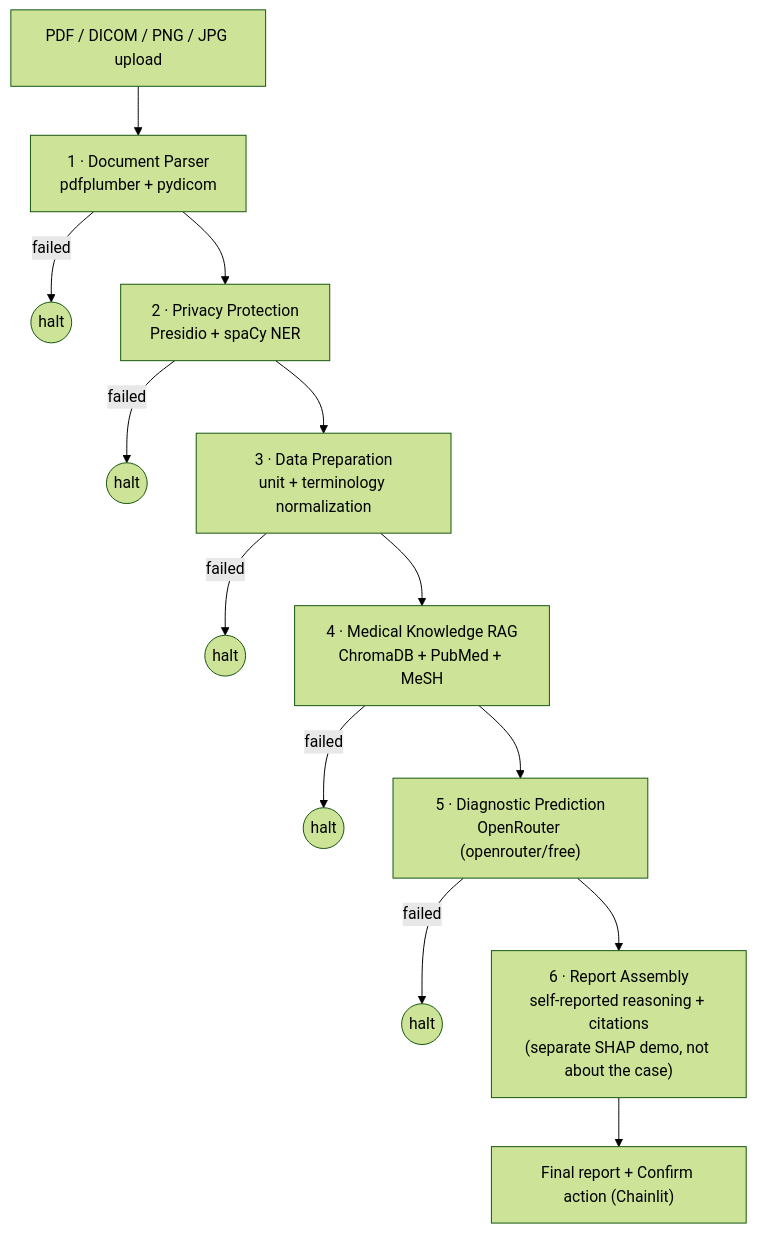
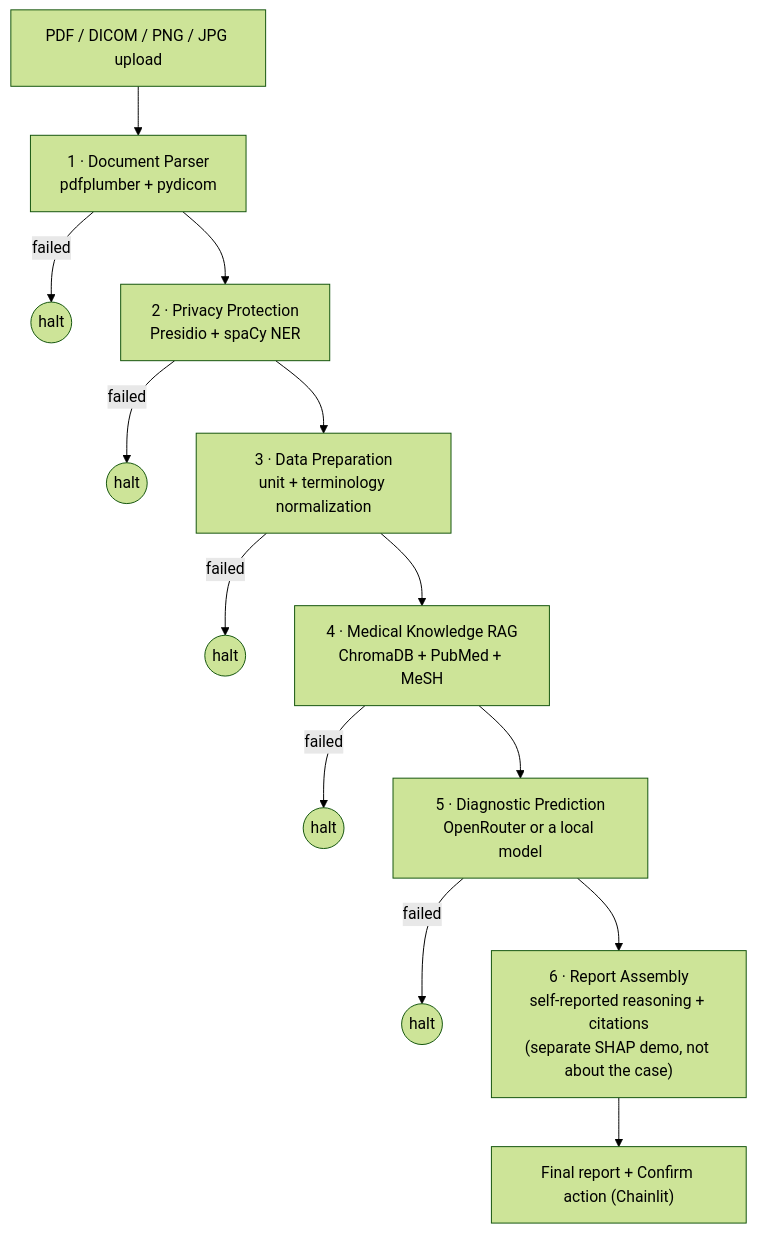
The diagram in README.md (dineshyadav03/glassbox-md), drawn with Mermaid (forest theme) before and after one commit. The commit also changed other lines of this file and 2 other files, not shown here.

````diff
--- a/README.md
+++ b/README.md
@@ -112,15 +64,15 @@
 ```mermaid
 flowchart TD
     IN["PDF / DICOM / PNG / JPG upload"] --> P1
     P1["1 · Document Parser<br/>pdfplumber + pydicom"] -->|failed| END1(("halt"))
     P1 --> P2["2 · Privacy Protection<br/>Presidio + spaCy NER"]
     P2 -->|failed| END2(("halt"))
     P2 --> P3["3 · Data Preparation<br/>unit + terminology normalization"]
     P3 -->|failed| END3(("halt"))
     P3 --> P4["4 · Medical Knowledge RAG<br/>ChromaDB + PubMed + MeSH"]
     P4 -->|failed| END4(("halt"))
-    P4 --> P5["5 · Diagnostic Prediction<br/>OpenRouter (openrouter/free)"]
+    P4 --> P5["5 · Diagnostic Prediction<br/>OpenRouter or a local model"]
     P5 -->|failed| END5(("halt"))
     P5 --> P6["6 · Report Assembly<br/>self-reported reasoning + citations<br/>(separate SHAP demo, not about the case)"]
     P6 --> OUT["Final report + Confirm action (Chainlit)"]
 ```
````
